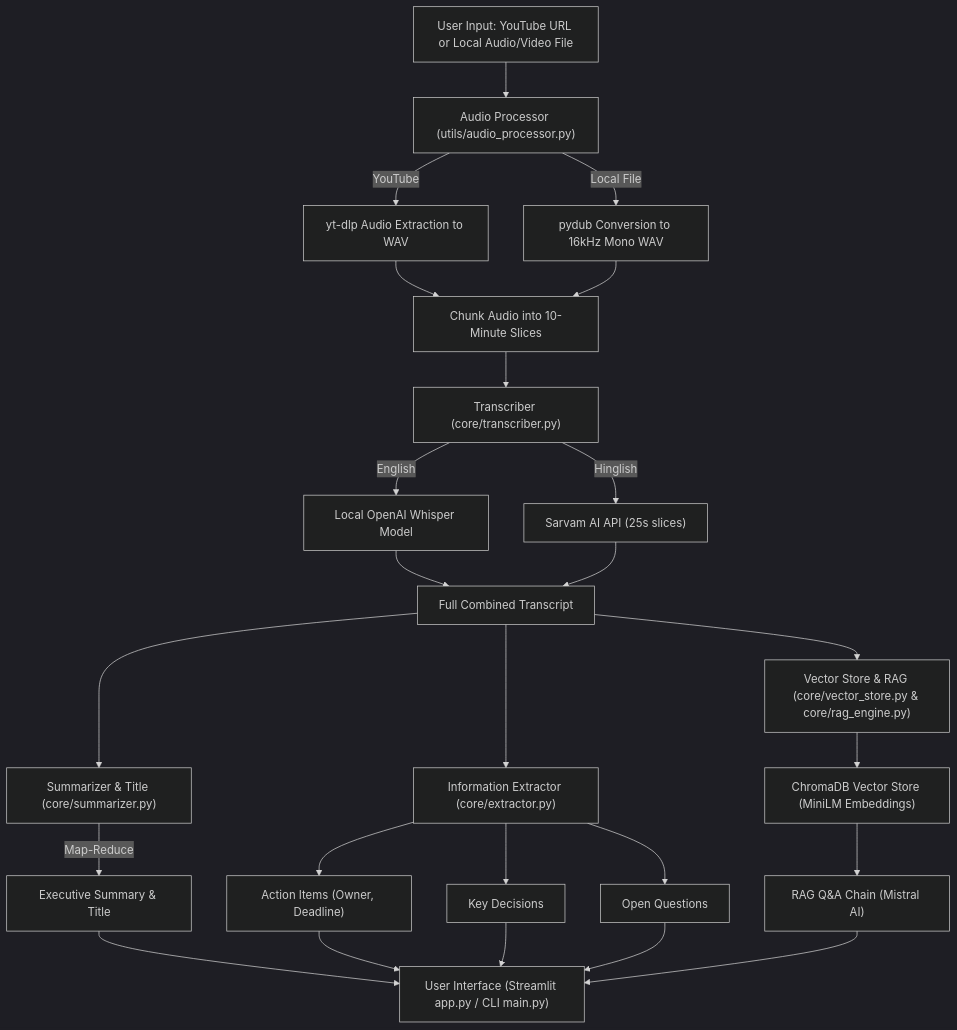
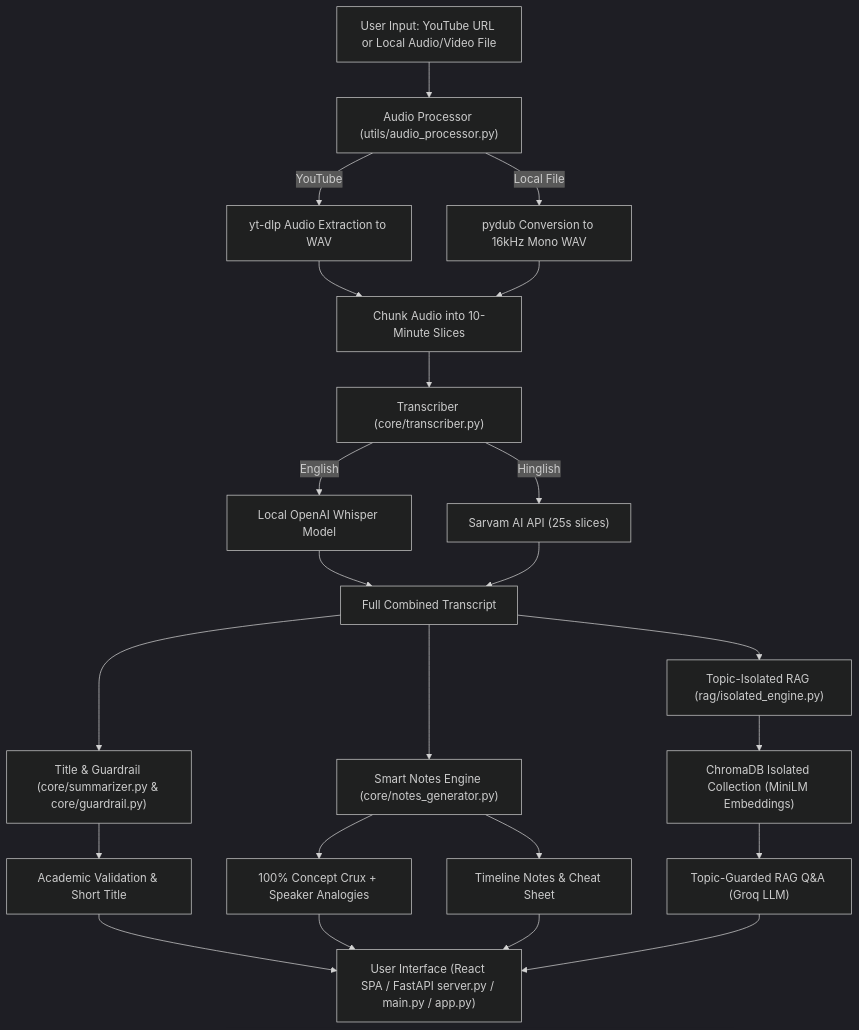
One commit to anishgupta07/NotesGen_AI changed the first of 2 diagrams in PROJECT_DOCUMENTATION.md. Above: the diagram before and after it, drawn with Mermaid (dark theme). The commit also changed other lines of this file and 11 other files, not shown here.

````diff
--- a/PROJECT_DOCUMENTATION.md
+++ b/PROJECT_DOCUMENTATION.md
@@ -20,32 +20,30 @@
 ```mermaid
 flowchart TD
     A["User Input: YouTube URL or Local Audio/Video File"] --> B["Audio Processor (utils/audio_processor.py)"]
     B -->|YouTube| B1["yt-dlp Audio Extraction to WAV"]
     B -->|Local File| B2["pydub Conversion to 16kHz Mono WAV"]
     B1 --> B3["Chunk Audio into 10-Minute Slices"]
     B2 --> B3
     B3 --> C["Transcriber (core/transcriber.py)"]
     
     C -->|English| C1["Local OpenAI Whisper Model"]
     C -->|Hinglish| C2["Sarvam AI API (25s slices)"]
     C1 --> D["Full Combined Transcript"]
     C2 --> D
     
-    D --> E["Summarizer & Title (core/summarizer.py)"]
-    D --> F["Information Extractor (core/extractor.py)"]
-    D --> G["Vector Store & RAG (core/vector_store.py & core/rag_engine.py)"]
+    D --> E["Title & Guardrail (core/summarizer.py & core/guardrail.py)"]
+    D --> F["Smart Notes Engine (core/notes_generator.py)"]
+    D --> G["Topic-Isolated RAG (rag/isolated_engine.py)"]
     
-    E -->|Map-Reduce| E1["Executive Summary & Title"]
-    F --> F1["Action Items (Owner, Deadline)"]
-    F --> F2["Key Decisions"]
-    F --> F3["Open Questions"]
+    E --> E1["Academic Validation & Short Title"]
+    F --> F1["100% Concept Crux + Speaker Analogies"]
+    F --> F2["Timeline Notes & Cheat Sheet"]
     
-    G --> G1["ChromaDB Vector Store (MiniLM Embeddings)"]
-    G1 --> G2["RAG Q&A Chain (Mistral AI)"]
+    G --> G1["ChromaDB Isolated Collection (MiniLM Embeddings)"]
+    G1 --> G2["Topic-Guarded RAG Q&A (Groq LLM)"]
     
-    E1 --> H["User Interface (Streamlit app.py / CLI main.py)"]
+    E1 --> H["User Interface (React SPA / FastAPI server.py / main.py / app.py)"]
     F1 --> H
     F2 --> H
-    F3 --> H
     G2 --> H
 ```
````
